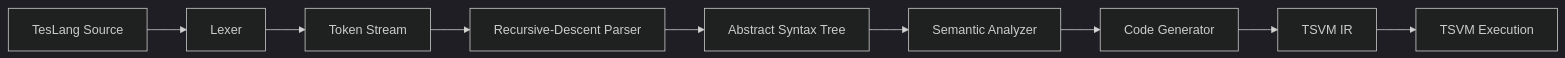
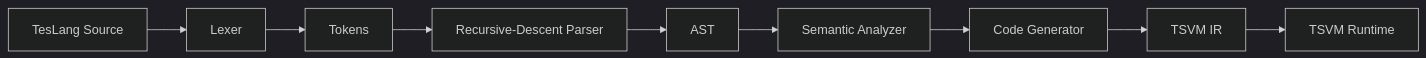
Before and after one commit to MostafaNasrollahpour/teslang-compiler: the diagram in README.md, drawn with Mermaid (dark theme). The commit also changed other lines of this file, not shown here.

````diff
--- a/README.md
+++ b/README.md
@@ -11,11 +11,11 @@
 ```mermaid
 flowchart LR
     A[TesLang Source] --> B[Lexer]
-    B --> C[Token Stream]
+    B --> C[Tokens]
     C --> D[Recursive-Descent Parser]
-    D --> E[Abstract Syntax Tree]
+    D --> E[AST]
     E --> F[Semantic Analyzer]
     F --> G[Code Generator]
     G --> H[TSVM IR]
-    H --> I[TSVM Execution]
+    H --> I[TSVM Runtime]
 ```
````
